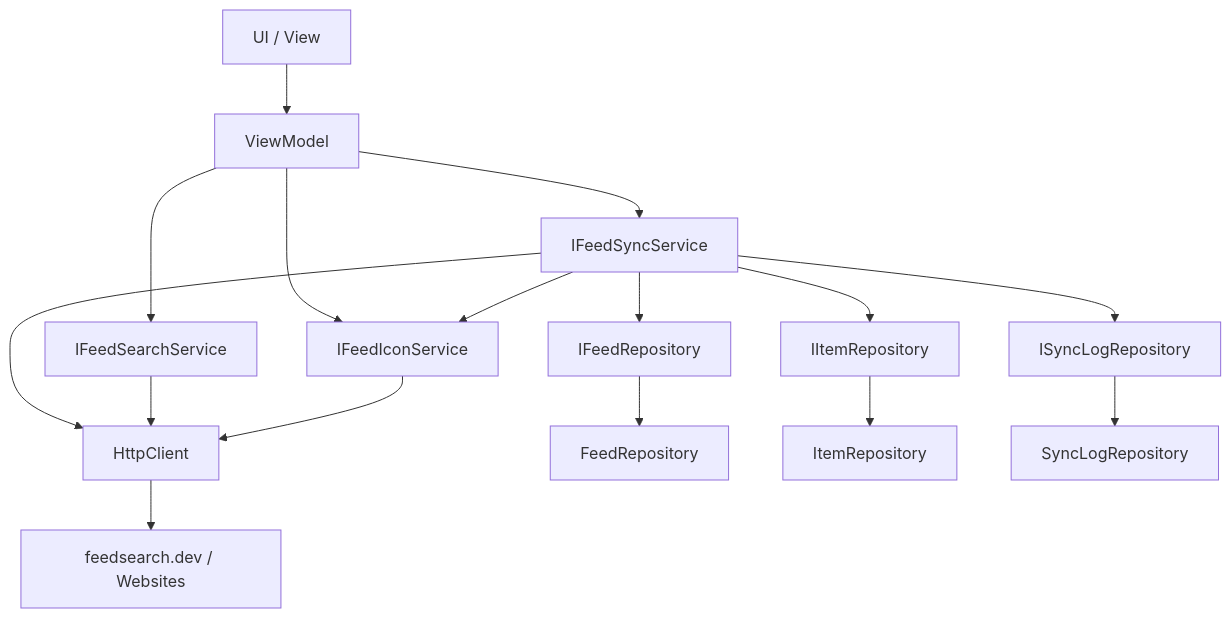
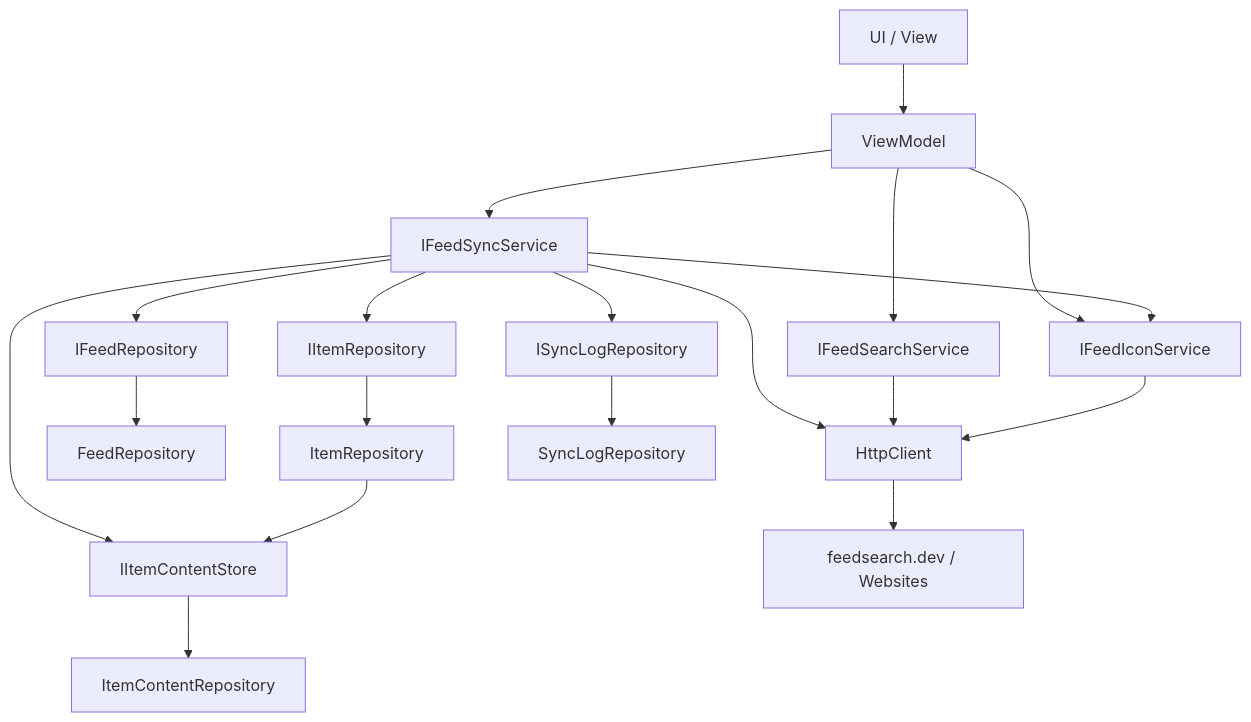
One commit to martin-stromberg/Reporter changed the diagram in docs/help/anwendung/architektur.md. Above: the diagram before and after it, drawn with Mermaid. The commit also changed other lines of this file and 81 other files, not shown here.

````diff
--- a/docs/help/anwendung/architektur.md
+++ b/docs/help/anwendung/architektur.md
@@ -28,18 +28,21 @@
 ```mermaid
 graph TD
     A[UI / View] --> B[ViewModel]
     B --> C[IFeedSyncService]
     B --> K[IFeedSearchService]
     B --> IC[IFeedIconService]
     C --> IC
     C --> D[HttpClient]
     K --> D
     IC --> D
     C --> E[IFeedRepository]
     C --> F[IItemRepository]
     C --> G[ISyncLogRepository]
     E --> H[FeedRepository]
     F --> I[ItemRepository]
     G --> J[SyncLogRepository]
+    C --> M[IItemContentStore]
+    I --> M
+    M --> N[ItemContentRepository]
     D --> L[feedsearch.dev / Websites]
 ```
````
